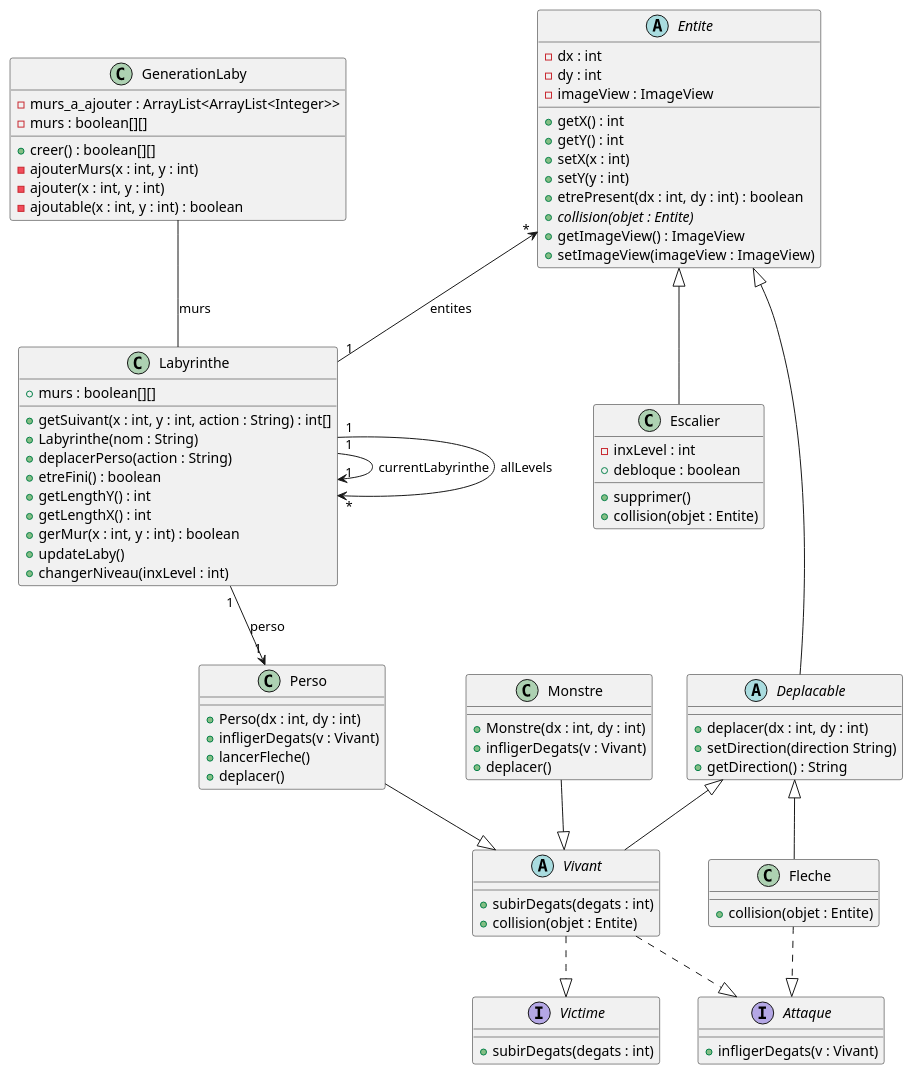
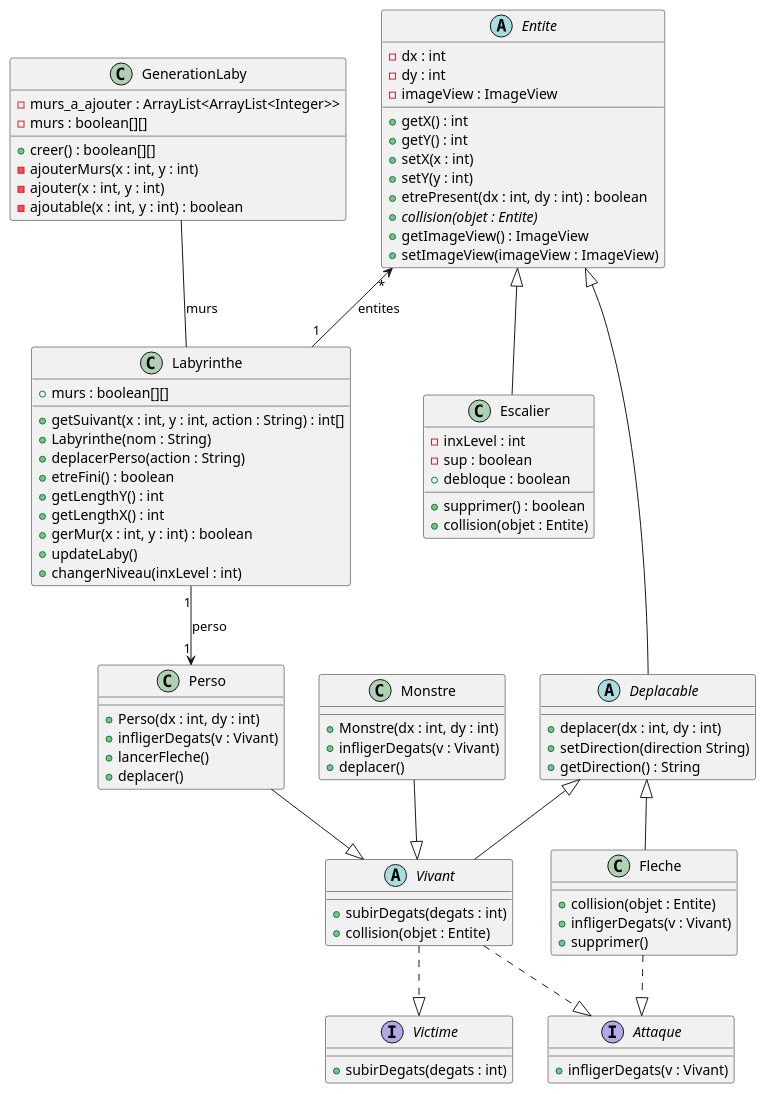
The diagram in documents/version_4/diag_classe_v4.puml (remi-choffat/2024_Zeldiablo_remi-choffat_Cesareuh_katrinltvnv), drawn with PlantUML before and after one commit. The commit also changed 12 other files, not shown here.

Commit message:
Javadoc, Diagramme, Suppression du code inutile

```diff
--- a/documents/version_4/diag_classe_v4.puml
+++ b/documents/version_4/diag_classe_v4.puml
@@ -1,96 +1,97 @@
 @startuml
 
 abstract class Entite{
 -dx : int
 -dy : int
 -imageView : ImageView
 +getX() : int
 +getY() : int
 +setX(x : int)
 +setY(y : int)
 +etrePresent(dx : int, dy : int) : boolean
 +{abstract}collision(objet : Entite)
 +getImageView() : ImageView
 +setImageView(imageView : ImageView)
 }
 
 abstract class Deplacable{
 +deplacer(dx : int, dy : int)
 +setDirection(direction String)
 +getDirection() : String
 }
 
 class Perso{
 +Perso(dx : int, dy : int)
 +infligerDegats(v : Vivant)
 +lancerFleche()
 +deplacer()
 }
 
 class Monstre{
 +Monstre(dx : int, dy : int)
 +infligerDegats(v : Vivant)
 +deplacer()
 }
 
 abstract class Vivant{
 +subirDegats(degats : int)
 +collision(objet : Entite)
 }
 
 interface Victime {
 +subirDegats(degats : int)
 }
 
 interface Attaque {
 +infligerDegats(v : Vivant)
 }
 
 class Fleche {
 +collision(objet : Entite)
++infligerDegats(v : Vivant)
++supprimer()
 }
 
 class Escalier{
 -inxLevel : int
+-sup : boolean
 +debloque : boolean
-+supprimer()
++supprimer() : boolean
 +collision(objet : Entite)
 }
 
 class Labyrinthe{
 +murs : boolean[][]
 +getSuivant(x : int, y : int, action : String) : int[]
 +Labyrinthe(nom : String)
 +deplacerPerso(action : String)
 +etreFini() : boolean
 +getLengthY() : int
 +getLengthX() : int
 +gerMur(x : int, y : int) : boolean
 +updateLaby()
 +changerNiveau(inxLevel : int)
 }
 
 class GenerationLaby {
 -murs_a_ajouter : ArrayList<ArrayList<Integer>>
 -murs : boolean[][]
 +creer() : boolean[][]
 -ajouterMurs(x : int, y : int)
 -ajouter(x : int, y : int)
 -ajoutable(x : int, y : int) : boolean
 }
 
 Entite <|-- Deplacable
 Deplacable <|-- Fleche
 Deplacable <|-- Vivant
 Perso --|> Vivant
 Monstre --|> Vivant
 Vivant ..|> Victime
 Vivant ..|> Attaque
 Fleche ..|> Attaque
 Entite <|-- Escalier
 Entite "*" <-- "1" Labyrinthe : entites
 Labyrinthe "1" --> "1" Perso : perso
-Labyrinthe "1" --> "1" Labyrinthe : currentLabyrinthe
-Labyrinthe "1" --> "*" Labyrinthe : allLevels
 GenerationLaby -- Labyrinthe : murs
 @enduml
```
